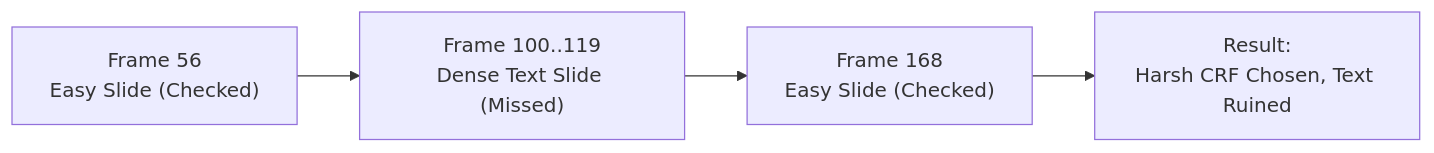
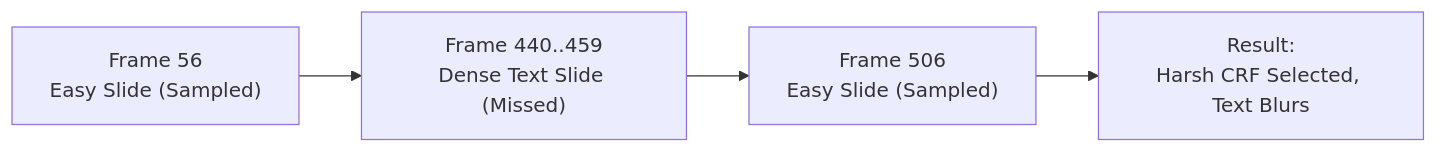
The first of 2 diagrams in README.md (Khladyn/SCC-SegCRF), drawn with Mermaid before and after one commit. The commit also changed other lines of this file and 274 other files, not shown here.

````diff
--- a/README.md
+++ b/README.md
@@ -13,6 +17,6 @@
 ```mermaid
 flowchart LR
-    A["Frame 56\nEasy Slide (Checked)"] --> B["Frame 100..119\nDense Text Slide (Missed)"]
-    B --> C["Frame 168\nEasy Slide (Checked)"]
-    C --> D["Result:\nHarsh CRF Chosen, Text Ruined"]
+    A["Frame 56\nEasy Slide (Sampled)"] --> B["Frame 440..459\nDense Text Slide (Missed)"]
+    B --> C["Frame 506\nEasy Slide (Sampled)"]
+    C --> D["Result:\nHarsh CRF Selected, Text Blurs"]
 ```
````
